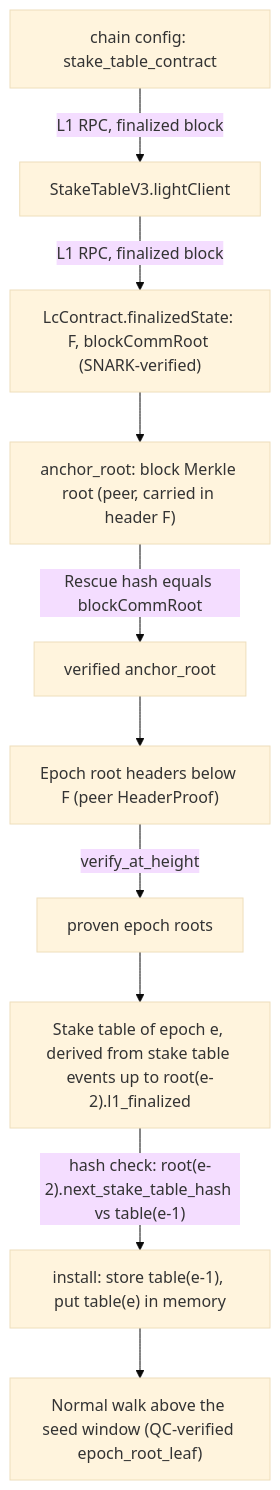
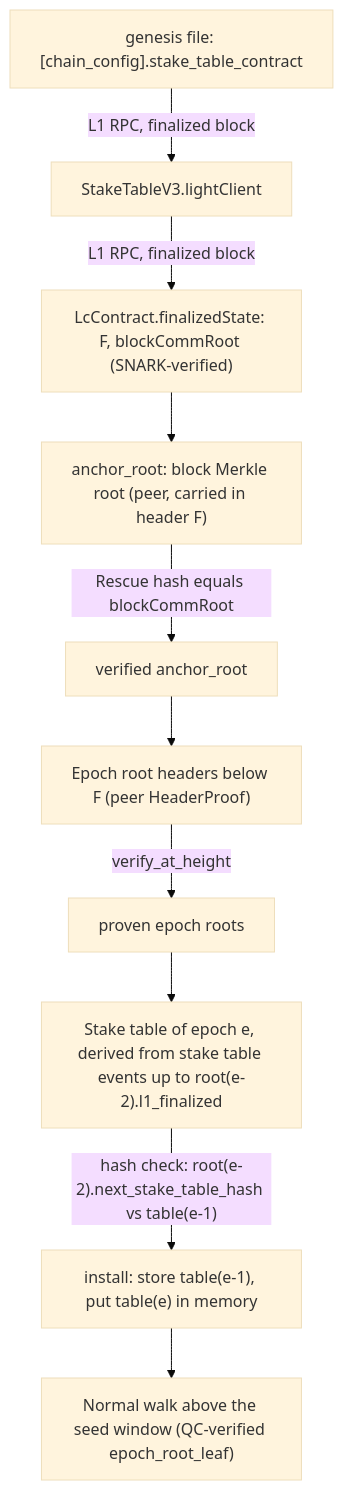
The diagram in doc/stake-table-catchup-trust-chain.md (EspressoSystems/espresso-network), drawn with Mermaid (base theme) before and after one commit. The commit also changed other lines of this file, not shown here.

Commit message:
docs: name the genesis file as the trusted chain config source

````diff
--- a/doc/stake-table-catchup-trust-chain.md
+++ b/doc/stake-table-catchup-trust-chain.md
@@ -61,12 +61,12 @@
 ```mermaid
 flowchart TD
-    CC[chain config: stake_table_contract] -->|L1 RPC, finalized block| ST[StakeTableV3.lightClient]
+    CC["genesis file: [chain_config].stake_table_contract"] -->|L1 RPC, finalized block| ST[StakeTableV3.lightClient]
     ST -->|L1 RPC, finalized block| LC["LcContract.finalizedState: F, blockCommRoot (SNARK-verified)"]
     LC --> AR["anchor_root: block Merkle root (peer, carried in header F)"]
     AR -->|"Rescue hash equals blockCommRoot"| AV[verified anchor_root]
     AV --> P["Epoch root headers below F (peer HeaderProof)"]
     P -->|verify_at_height| R[proven epoch roots]
     R --> T["Stake table of epoch e, derived from stake table events up to root(e-2).l1_finalized"]
     T -->|"hash check: root(e-2).next_stake_table_hash vs table(e-1)"| I["install: store table(e-1), put table(e) in memory"]
     I --> W["Normal walk above the seed window (QC-verified epoch_root_leaf)"]
 ```
````
